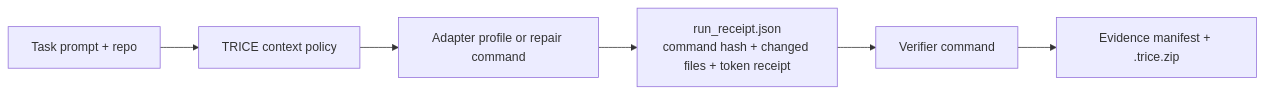
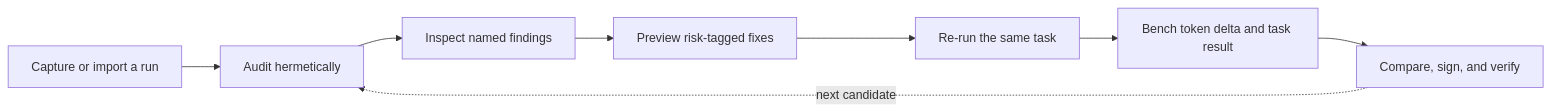
One commit to ZulfaqarHafez/TraceRazor changed the first of 2 diagrams in README.md. Above: the diagram before and after it, drawn with Mermaid. The commit also changed other lines of this file and 100 other files, not shown here.

````diff
--- a/README.md
+++ b/README.md
@@ -141,8 +85,10 @@
 ```mermaid
 flowchart LR
-    P["Task prompt + repo"] --> C["TRICE context policy"]
-    C --> A["Adapter profile or repair command"]
-    A --> R["run_receipt.json<br/>command hash + changed files + token receipt"]
-    R --> V["Verifier command"]
-    V --> E["Evidence manifest + .trice.zip"]
+    A["Capture or import a run"] --> B["Audit hermetically"]
+    B --> C["Inspect named findings"]
+    C --> D["Preview risk-tagged fixes"]
+    D --> E["Re-run the same task"]
+    E --> F["Bench token delta and task result"]
+    F --> G["Compare, sign, and verify"]
+    G -. next candidate .-> B
 ```
````
